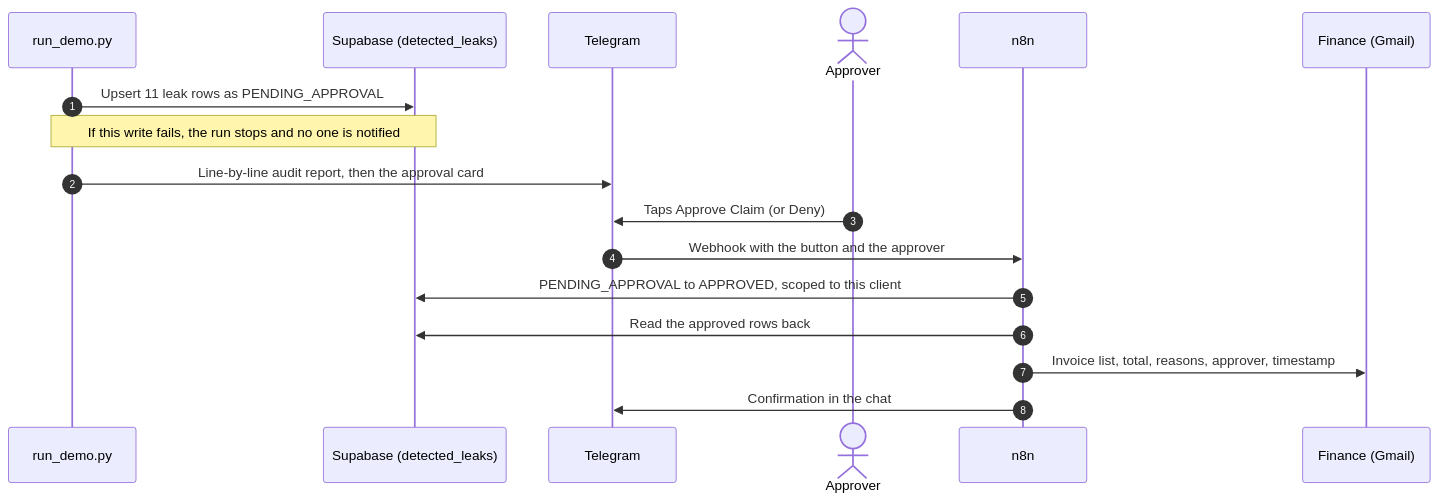
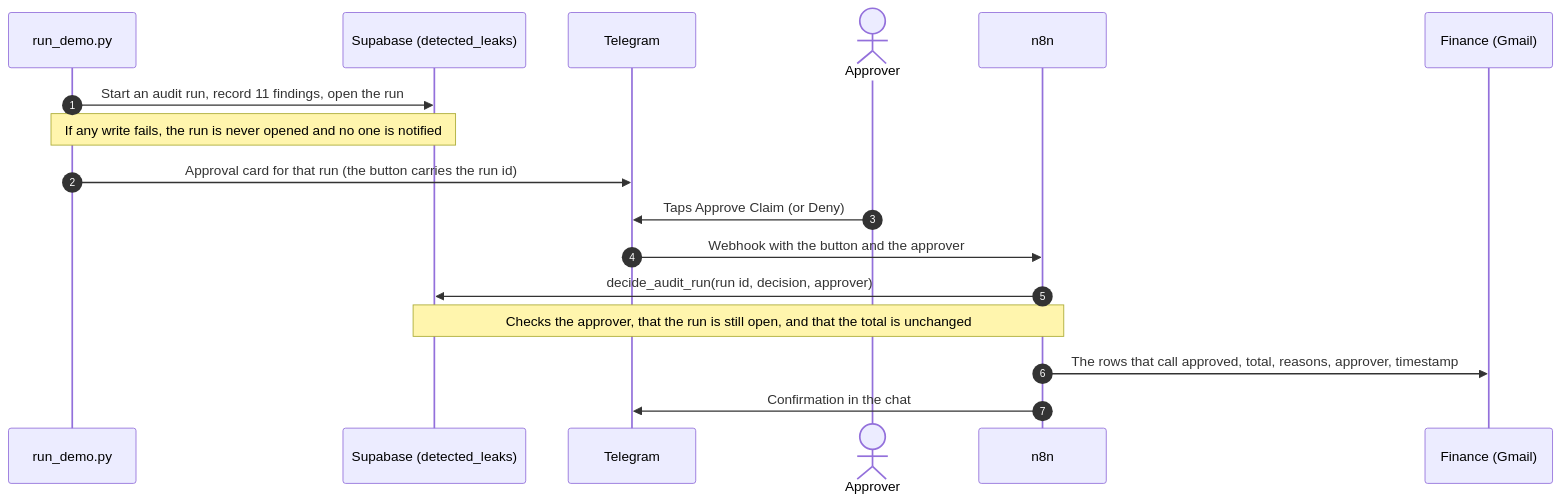
The diagram in README.md (ronfarley0317/system-001-billing-reconciler), drawn with Mermaid before and after one commit. The commit also changed other lines of this file and 16 other files, not shown here.

First line of the commit message:
Harden System #001 before the first client run

````diff
--- a/README.md
+++ b/README.md
@@ -92,19 +93,19 @@
 ```mermaid
 sequenceDiagram
     autonumber
     participant P as run_demo.py
     participant DB as Supabase (detected_leaks)
     participant T as Telegram
     actor A as Approver
     participant N as n8n
     participant F as Finance (Gmail)
-    P->>DB: Upsert 11 leak rows as PENDING_APPROVAL
-    Note over P,DB: If this write fails, the run stops and no one is notified
-    P->>T: Line-by-line audit report, then the approval card
+    P->>DB: Start an audit run, record 11 findings, open the run
+    Note over P,DB: If any write fails, the run is never opened and no one is notified
+    P->>T: Approval card for that run (the button carries the run id)
     A->>T: Taps Approve Claim (or Deny)
     T->>N: Webhook with the button and the approver
-    N->>DB: PENDING_APPROVAL to APPROVED, scoped to this client
-    N->>DB: Read the approved rows back
-    N->>F: Invoice list, total, reasons, approver, timestamp
+    N->>DB: decide_audit_run(run id, decision, approver)
+    Note over N,DB: Checks the approver, that the run is still open, and that the total is unchanged
+    N->>F: The rows that call approved, total, reasons, approver, timestamp
     N->>T: Confirmation in the chat
 ```
````
